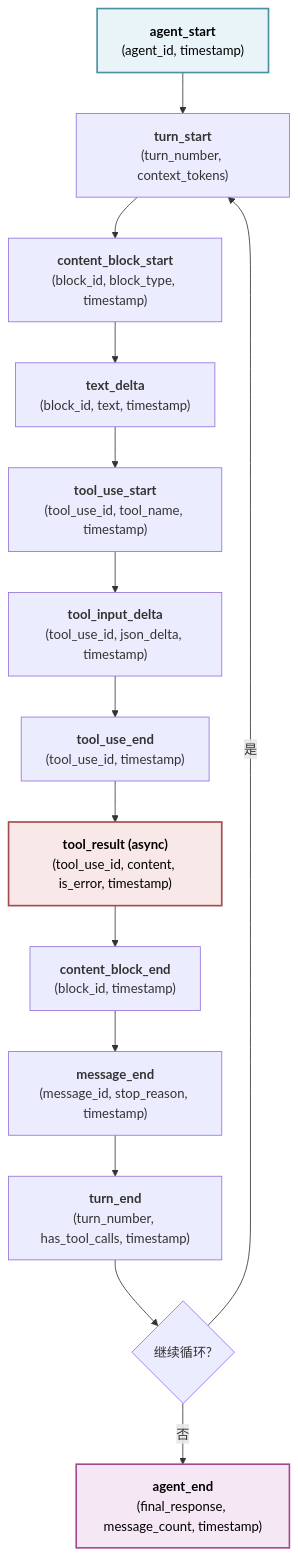
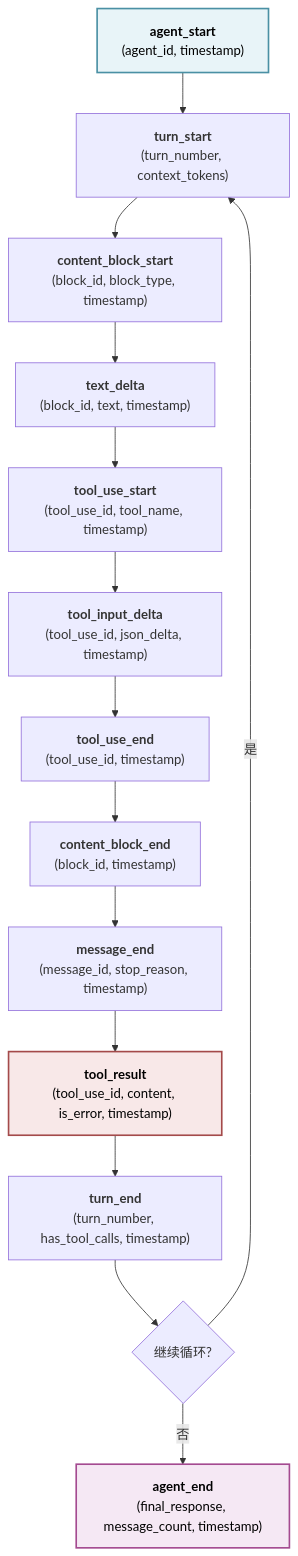
The second of 2 diagrams in 04_runtime/4.3_streaming.md (yeasy/harness_engineering_guide), drawn with Mermaid before and after one commit. The commit also changed other lines of this file and 16 other files, not shown here.

````diff
--- a/04_runtime/4.3_streaming.md
+++ b/04_runtime/4.3_streaming.md
@@ -197,20 +197,20 @@
 ```mermaid
 graph TD
     Start["<b>agent_start</b><br/>(agent_id, timestamp)"] --> TurnStart["<b>turn_start</b><br/>(turn_number, context_tokens)"]
     TurnStart --> ContentStart["<b>content_block_start</b><br/>(block_id, block_type, timestamp)"]
     ContentStart --> TextDelta["<b>text_delta</b><br/>(block_id, text, timestamp)"]
     TextDelta --> ToolUseStart["<b>tool_use_start</b><br/>(tool_use_id, tool_name, timestamp)"]
     ToolUseStart --> ToolInputDelta["<b>tool_input_delta</b><br/>(tool_use_id, json_delta, timestamp)"]
     ToolInputDelta --> ToolUseEnd["<b>tool_use_end</b><br/>(tool_use_id, timestamp)"]
-    ToolUseEnd --> ToolResult["<b>tool_result (async)</b><br/>(tool_use_id, content, is_error, timestamp)"]
-    ToolResult --> ContentEnd["<b>content_block_end</b><br/>(block_id, timestamp)"]
+    ToolUseEnd --> ContentEnd["<b>content_block_end</b><br/>(block_id, timestamp)"]
     ContentEnd --> MessageEnd["<b>message_end</b><br/>(message_id, stop_reason, timestamp)"]
-    MessageEnd --> TurnEnd["<b>turn_end</b><br/>(turn_number, has_tool_calls, timestamp)"]
+    MessageEnd --> ToolResult["<b>tool_result</b><br/>(tool_use_id, content, is_error, timestamp)"]
+    ToolResult --> TurnEnd["<b>turn_end</b><br/>(turn_number, has_tool_calls, timestamp)"]
     TurnEnd --> Decision{继续循环?}
     Decision -->|是| TurnStart
     Decision -->|否| AgentEnd["<b>agent_end</b><br/>(final_response, message_count, timestamp)"]
 
     style Start fill:#e8f4f8,stroke:#4a90a4,stroke-width:2px,color:#000000
     style AgentEnd fill:#f5e8f4,stroke:#a44a90,stroke-width:2px,color:#000000
     style ToolResult fill:#f8e8e8,stroke:#a44a4a,stroke-width:2px,color:#000000
 ```
````
